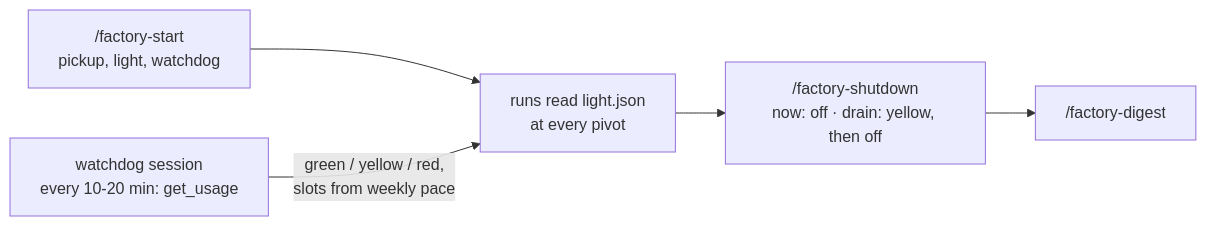
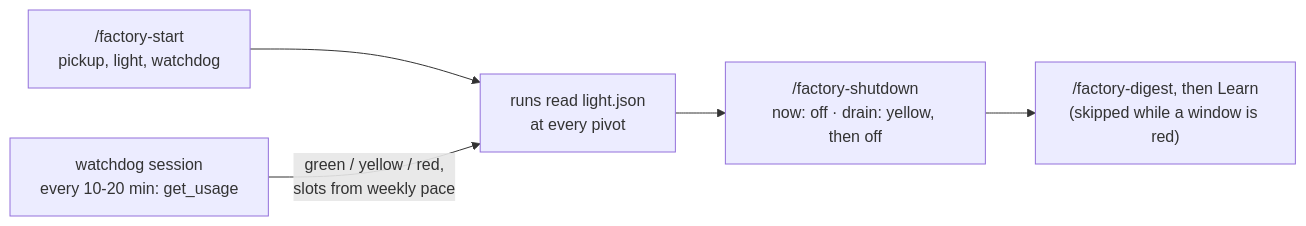
One commit to Sherlock64/zeni changed the fourth of 5 diagrams in docs/workflow.md. Above: the diagram before and after it, drawn with Mermaid. The commit also changed other lines of this file and 23 other files, not shown here.

Commit message:
#208: guides: verifier inside Build, Merge rule 7, evidence branch, run log helper, models per row, dispatcher model check, digest then Learn at shutdown, one Release ask, quoted Shape yes

````diff
--- a/docs/workflow.md
+++ b/docs/workflow.md
@@ -56,7 +55,7 @@
 ```mermaid
 flowchart LR
   Start["/factory-start<br/>pickup, light, watchdog"] --> Run["runs read light.json<br/>at every pivot"]
   WD["watchdog session<br/>every 10-20 min: get_usage"] -- "green / yellow / red,<br/>slots from weekly pace" --> Run
   Run --> Shut["/factory-shutdown<br/>now: off · drain: yellow, then off"]
-  Shut --> Dig["/factory-digest"]
+  Shut --> Dig["/factory-digest, then Learn<br/>(skipped while a window is red)"]
 ```
````
